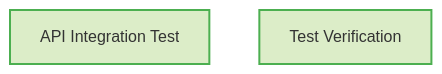
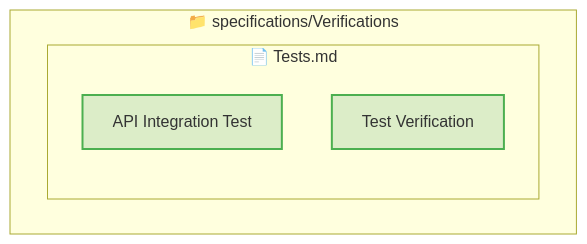
One commit to reqvire-org/reqvire changed the diagram in tests/test-lint-command/expected/expected-verifications-after-fix.md. Above: the diagram before and after it, drawn with Mermaid. The commit also changed 16 other files, not shown here.

First line of the commit message:
Add containment structure to all mermaid diagrams

````diff
--- a/tests/test-lint-command/expected/expected-verifications-after-fix.md
+++ b/tests/test-lint-command/expected/expected-verifications-after-fix.md
@@ -3,16 +3,22 @@
 ```mermaid
 graph TD;
   %% REQVIRE-AUTOGENERATED-DIAGRAM
   %% Graph styling
   classDef userRequirement fill:#D1C4E9,stroke:#7E57C2,stroke-width:2px;
   classDef systemRequirement fill:#E1D8EE,stroke:#673AB7,stroke-width:1.5px;
   classDef verification fill:#DCEDC8,stroke:#4CAF50,stroke-width:2px;
+  classDef folder fill:#FAFAFA,stroke:#9E9E9E,stroke-width:3px;
+  classDef file fill:#FFF8E1,stroke:#FFCA28,stroke-width:2px;
   classDef default fill:#F5F5F5,stroke:#424242,stroke-width:1.5px;
 
-  5cb18536e42c1e69["API Integration Test"];
-  class 5cb18536e42c1e69 verification;
-  click 5cb18536e42c1e69 "Tests.md#api-integration-test";
-  bd5f20d982e2da41["Test Verification"];
-  class bd5f20d982e2da41 verification;
-  click bd5f20d982e2da41 "Tests.md#test-verification";
+  subgraph 186822cd467e0417["📁 specifications/Verifications"]
+    subgraph b64358bba6ee017f["📄 Tests.md"]
+      5cb18536e42c1e69["API Integration Test"];
+      class 5cb18536e42c1e69 verification;
+      click 5cb18536e42c1e69 "Tests.md#api-integration-test";
+      bd5f20d982e2da41["Test Verification"];
+      class bd5f20d982e2da41 verification;
+      click bd5f20d982e2da41 "Tests.md#test-verification";
+    end
+  end
 ```
````
